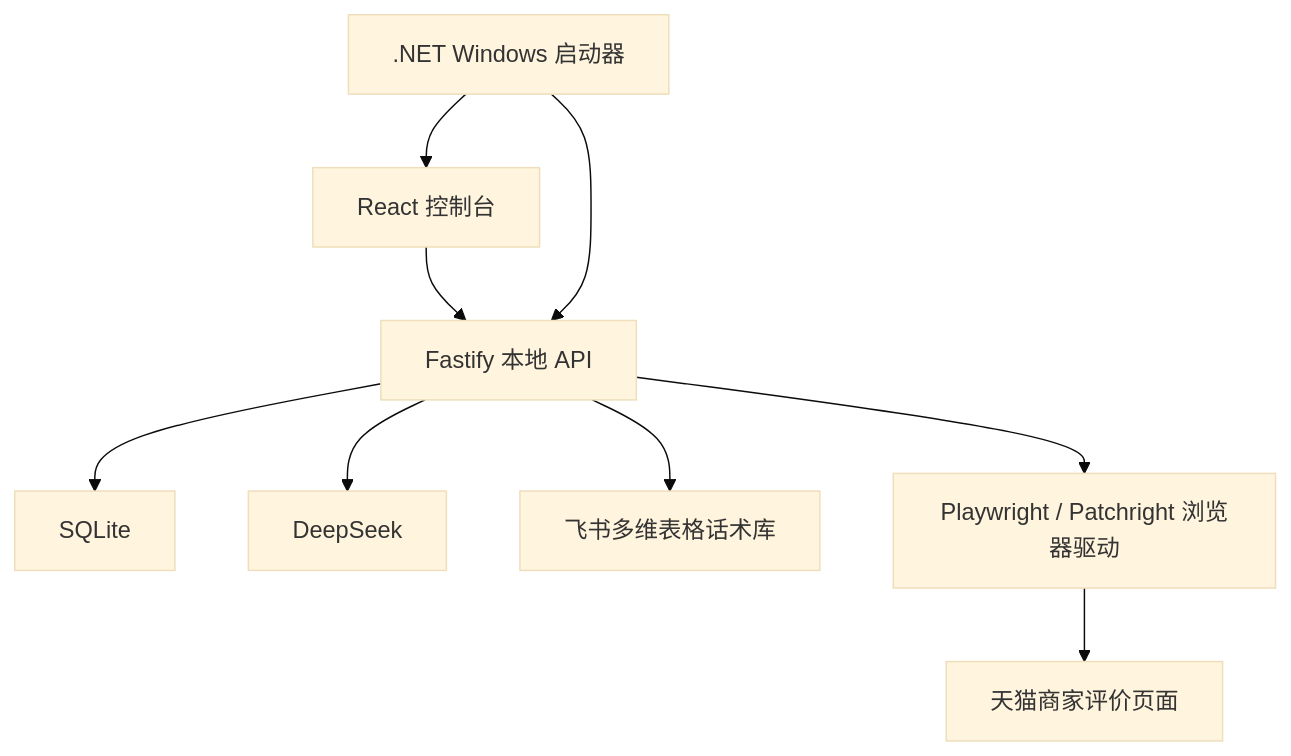
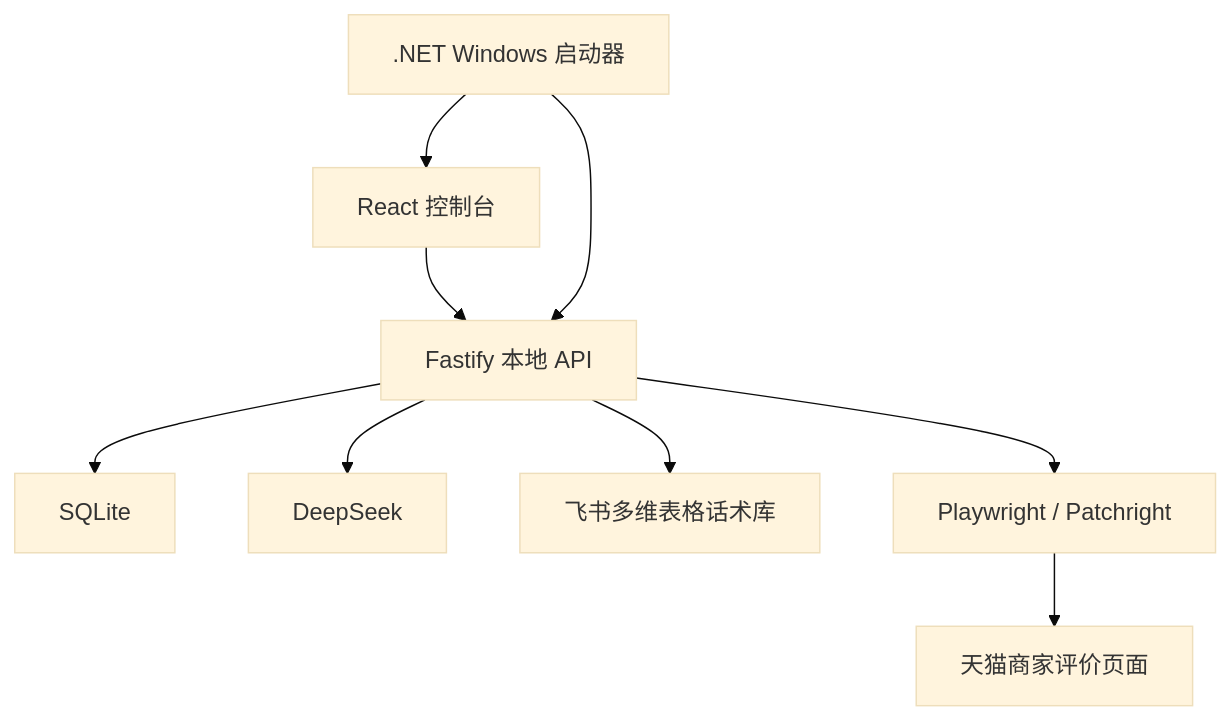
Before and after one commit to SmartLogicHub/tmall-review-console: the second of 2 diagrams in README.md, drawn with Mermaid (base theme). The commit also changed other lines of this file, not shown here.

````diff
--- a/README.md
+++ b/README.md
@@ -78,11 +70,11 @@
 ```mermaid
 flowchart TB
     UI["React 控制台"] --> API["Fastify 本地 API"]
     API --> DB["SQLite"]
     API --> AI["DeepSeek"]
     API --> FS["飞书多维表格话术库"]
-    API --> BR["Playwright / Patchright 浏览器驱动"]
+    API --> BR["Playwright / Patchright"]
     BR --> TM["天猫商家评价页面"]
     LAUNCHER[".NET Windows 启动器"] --> API
     LAUNCHER --> UI
 ```
````
